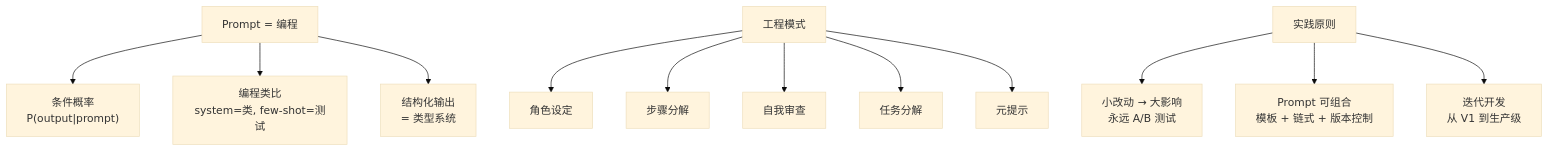
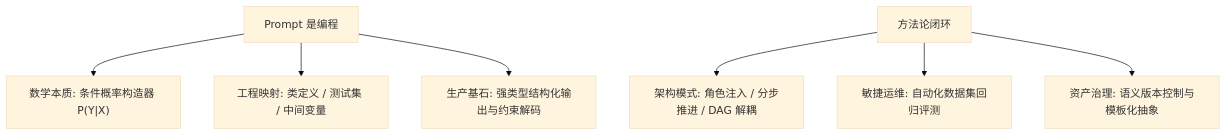
One commit to yingwang/thinking-in-llm changed the seventh of 7 diagrams in chapters/09-prompting.md. Above: the diagram before and after it, drawn with Mermaid (base theme). The commit also changed other lines of this file and 31 other files, not shown here.

````diff
--- a/chapters/09-prompting.md
+++ b/chapters/09-prompting.md
@@ -775,16 +451,10 @@
 ```mermaid
 graph TB
-    A["Prompt = 编程"] --> B["条件概率<br/>P(output|prompt)"]
-    A --> C["编程类比<br/>system=类, few-shot=测试"]
-    A --> D["结构化输出<br/>= 类型系统"]
+    A["Prompt 是编程"] --> B["数学本质: 条件概率构造器 P(Y|X)"]
+    A --> C["工程映射: 类定义 / 测试集 / 中间变量"]
+    A --> D["生产基石: 强类型结构化输出与约束解码"]
     
-    E["工程模式"] --> F["角色设定"]
-    E --> G["步骤分解"]
-    E --> H["自我审查"]
-    E --> I["任务分解"]
-    E --> J["元提示"]
-    
-    K["实践原则"] --> L["小改动 → 大影响<br/>永远 A/B 测试"]
-    K --> M["Prompt 可组合<br/>模板 + 链式 + 版本控制"]
-    K --> N["迭代开发<br/>从 V1 到生产级"]
+    E["方法论闭环"] --> F["架构模式: 角色注入 / 分步推进 / DAG 解耦"]
+    E --> G["敏捷运维: 自动化数据集回归评测"]
+    E --> H["资产治理: 语义版本控制与模板化抽象"]
 ```
````
